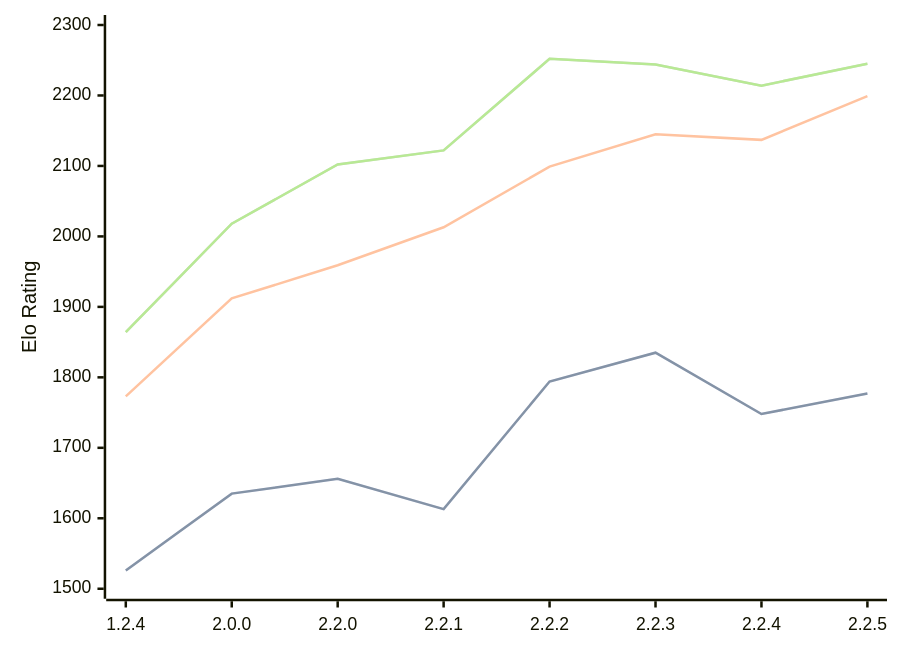
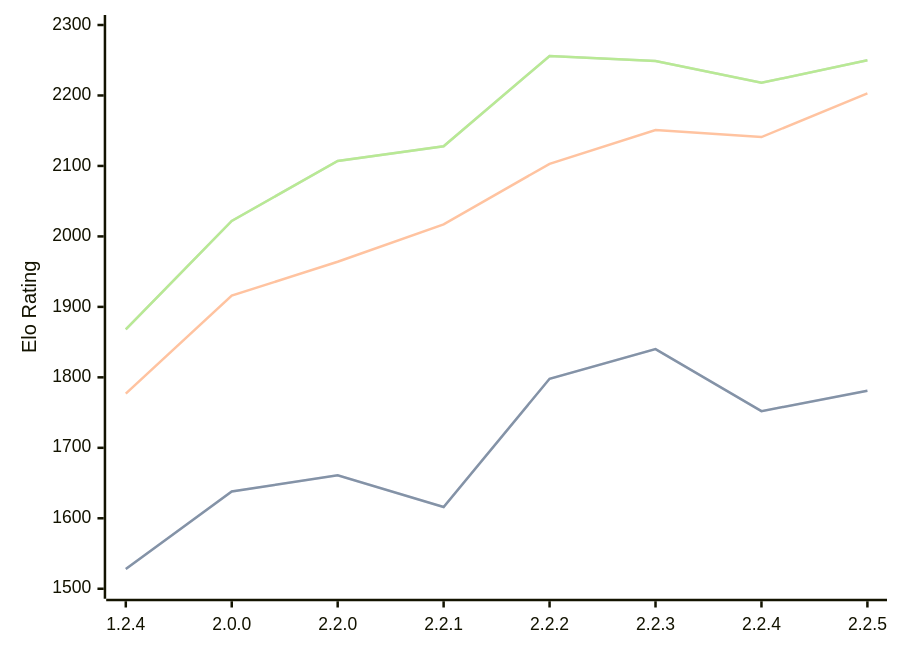
Before and after one commit to computer-chess-index/cci: the diagram in engines/Kreveta.md, drawn with Mermaid. The commit also changed other lines of this file, not shown here.

Commit message:
Update CCI Ratings (ELO VLTC) - 2026-04-18

````diff
--- a/engines/Kreveta.md
+++ b/engines/Kreveta.md
@@ -41,11 +41,11 @@
 ```mermaid
 %%{init: {"theme":"base","themeVariables":{"seriesColors:['#a3a3a3','#222221','#faa371']}}}%%
 xychart-beta
   x-axis ["1.2.4", "2.0.0", "2.2.0", "2.2.1", "2.2.2", "2.2.3", "2.2.4", "2.2.5"]
   y-axis "Elo Rating" 1500 --> 2300
-  line "STC (8.0+0.08s)" [1526, 1635, 1656, 1613, 1794, 1835, 1748, 1777]
-  line "STC (8.0+0.08s)" [1526, 1635, 1656, 1613, 1794, 1835, 1748, 1777]
-  line "LTC (60.0+0.60s)" [1773, 1912, 1959, 2013, 2099, 2145, 2137, 2199]
-  line "VLTC (2m24s+1.12s)" [1864, 2018, 2102, 2122, 2252, 2244, 2214, 2245]
-  line "VLTC (2m24s+1.12s)" [1864, 2018, 2102, 2122, 2252, 2244, 2214, 2245]
+  line "STC (8.0+0.08s)" [1528, 1638, 1661, 1616, 1798, 1840, 1752, 1781]
+  line "STC (8.0+0.08s)" [1528, 1638, 1661, 1616, 1798, 1840, 1752, 1781]
+  line "LTC (60.0+0.60s)" [1777, 1916, 1964, 2017, 2103, 2151, 2141, 2203]
+  line "VLTC (2m24s+1.12s)" [1868, 2022, 2107, 2128, 2256, 2249, 2218, 2250]
+  line "VLTC (2m24s+1.12s)" [1868, 2022, 2107, 2128, 2256, 2249, 2218, 2250]
 ```
````
